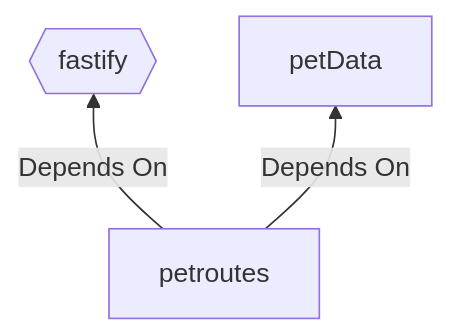
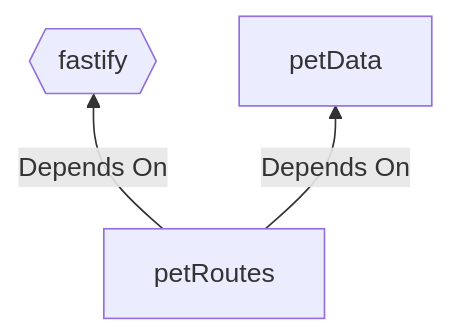
Before and after one commit to erichardson-lee/Icarus: the diagram in example/README.md, drawn with Mermaid. The commit also changed 1 other file, not shown here.

Commit message:
Rename petRoutes module

````diff
--- a/example/README.md
+++ b/example/README.md
@@ -3,9 +3,9 @@
 ```mermaid
 graph BT
 petData[petData]
 fastify{{fastify}}
-petroutes[petroutes]
+petRoutes[petRoutes]
 
-petroutes -->|Depends On| fastify & petData
+petRoutes -->|Depends On| fastify & petData
 
 ```
````
